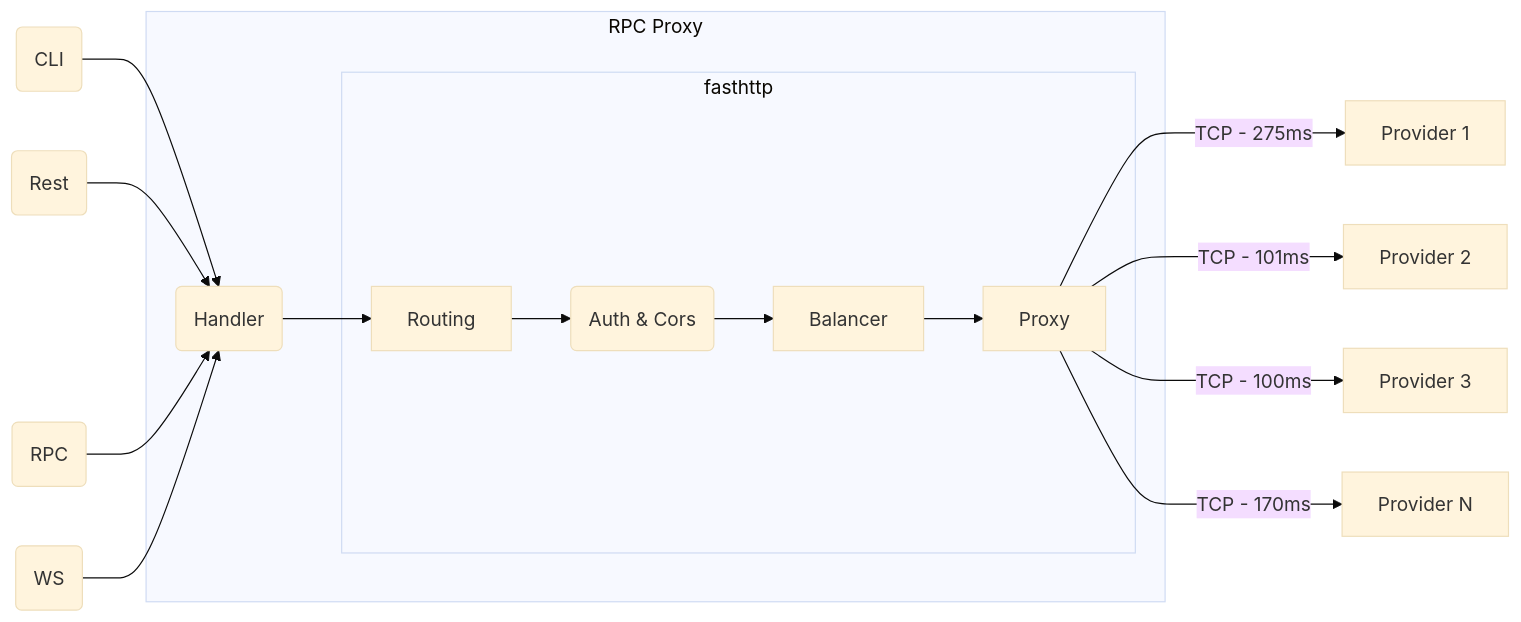
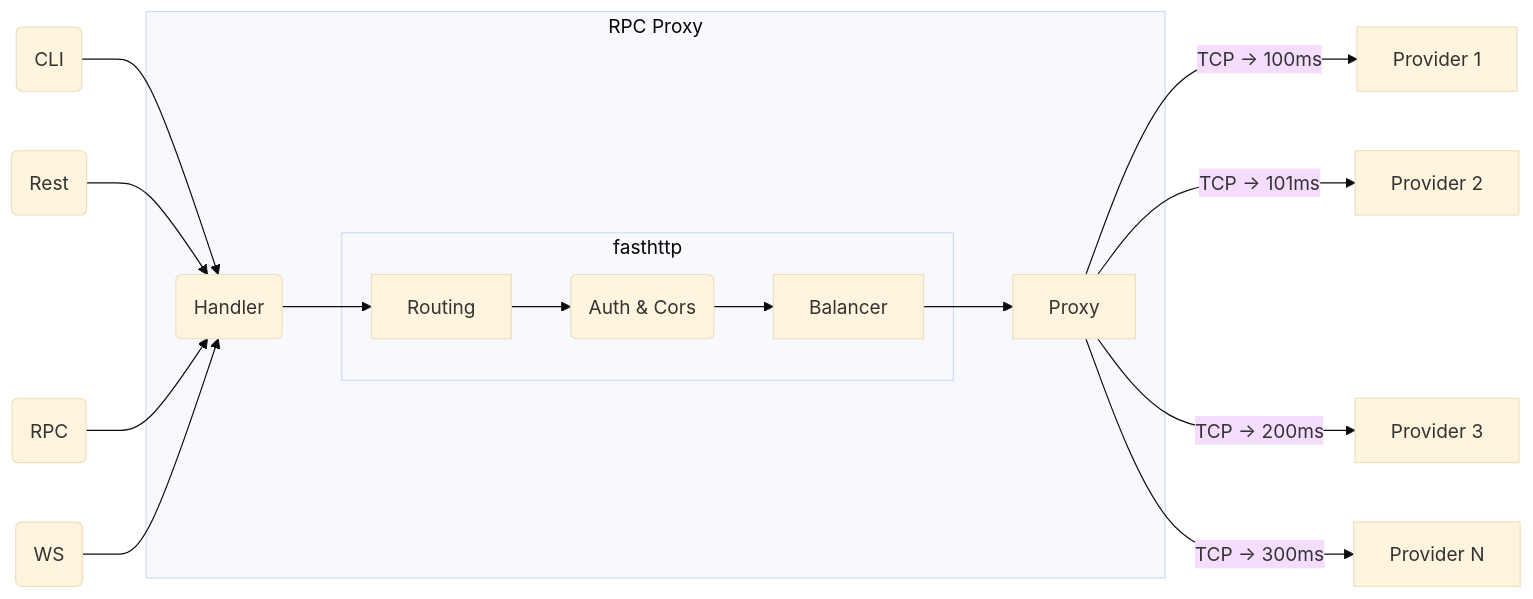
The diagram in README.md (rpc-ag/rpc-aggregator), drawn with Mermaid (base theme) before and after one commit.

Commit message:
update chart

````diff
--- a/README.md
+++ b/README.md
@@ -12,19 +12,19 @@
 ```mermaid
 flowchart LR 
     CC(CLI) --> RPCProxy
     RC(Rest) --> RPCProxy
     RPCC(RPC) --> RPCProxy
     WSC(WS) --> RPCProxy
     subgraph RPC Proxy
       RPCProxy(Handler) --> Routing
         subgraph fasthttp
          Routing --> Auth(Auth & Cors) 
          Auth --> Balancer
+        end
          Balancer --> Proxy
-        end
     end
-    Proxy -->|TCP - 275ms| AS1[Provider 1] 
-    Proxy -->|TCP - 101ms| AS2[Provider 2] 
-    Proxy -->|TCP - 100ms| AS3[Provider 3] 
-    Proxy -->|TCP - 170ms| ASN[Provider N]
+    Proxy -->|TCP -> 100ms| Upstream1[Provider 1]  
+    Proxy -->|TCP -> 101ms| Upstream2[Provider 2] 
+    Proxy -->|TCP -> 200ms| Upstream3[Provider 3] 
+    Proxy -->|TCP -> 300ms| Upstream4[Provider N]
 ```
````
